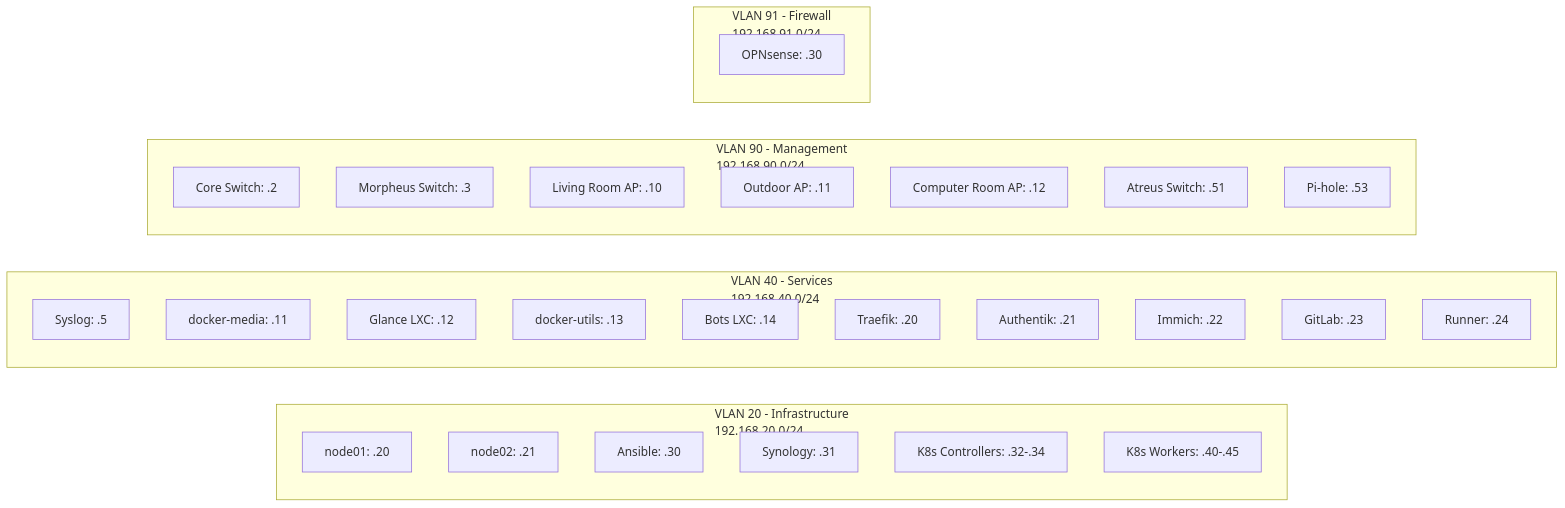
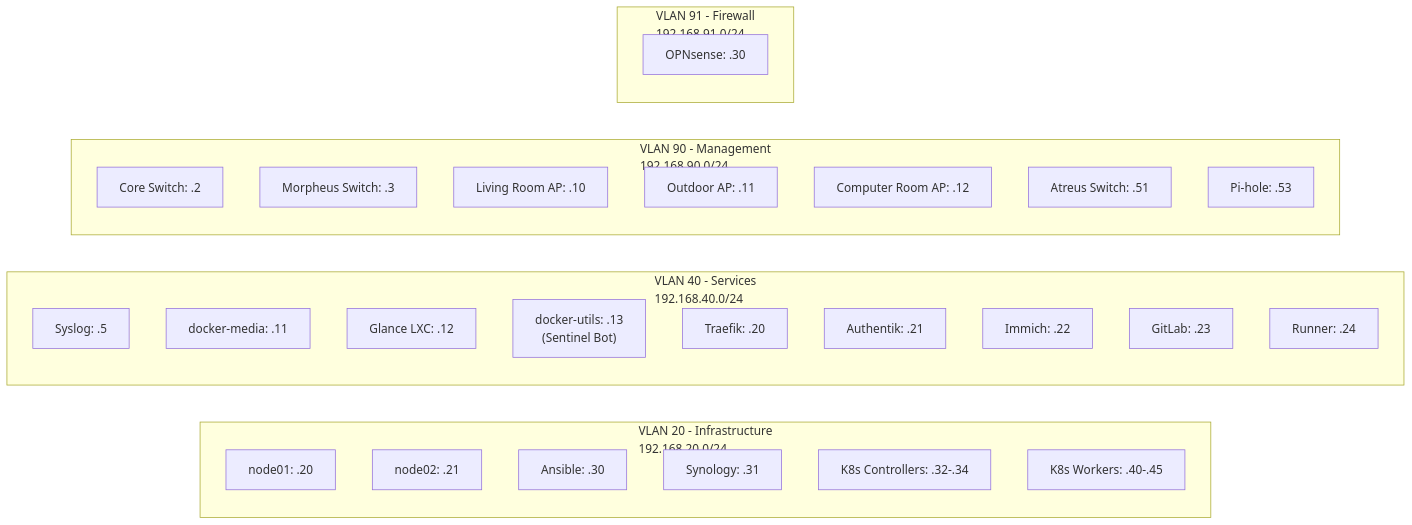
One commit to herms14/Homelab-Infrastructure-Deployment changed the fifth of 7 diagrams in docs/diagrams/HOMELAB_ARCHITECTURE.md. Above: the diagram before and after it, drawn with Mermaid. The commit also changed other lines of this file and 42 other files, not shown here.

First line of the commit message:
feat(lxc): Complete VM to LXC migration and fix Sentinel spam

````diff
--- a/docs/diagrams/HOMELAB_ARCHITECTURE.md
+++ b/docs/diagrams/HOMELAB_ARCHITECTURE.md
@@ -276,38 +273,37 @@
 ```mermaid
 flowchart LR
     subgraph VLAN20["VLAN 20 - Infrastructure<br/>192.168.20.0/24"]
         N1["node01: .20"]
         N2["node02: .21"]
         AN["Ansible: .30"]
         SN["Synology: .31"]
         KC["K8s Controllers: .32-.34"]
         KW["K8s Workers: .40-.45"]
     end
 
     subgraph VLAN40["VLAN 40 - Services<br/>192.168.40.0/24"]
         SL["Syslog: .5"]
         DM["docker-media: .11"]
         GL["Glance LXC: .12"]
-        DU["docker-utils: .13"]
-        DB["Bots LXC: .14"]
+        DU["docker-utils: .13<br/>(Sentinel Bot)"]
         TR["Traefik: .20"]
         AU["Authentik: .21"]
         IM["Immich: .22"]
         GI["GitLab: .23"]
         RU["Runner: .24"]
     end
 
     subgraph VLAN90["VLAN 90 - Management<br/>192.168.90.0/24"]
         CS["Core Switch: .2"]
         MS["Morpheus Switch: .3"]
         LR["Living Room AP: .10"]
         OD["Outdoor AP: .11"]
         CR["Computer Room AP: .12"]
         AS["Atreus Switch: .51"]
         PH["Pi-hole: .53"]
     end
 
     subgraph VLAN91["VLAN 91 - Firewall<br/>192.168.91.0/24"]
         OP["OPNsense: .30"]
     end
 ```
````
